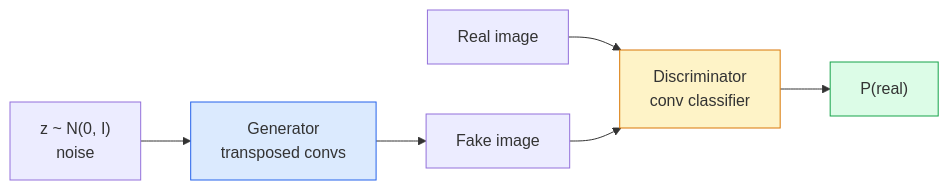
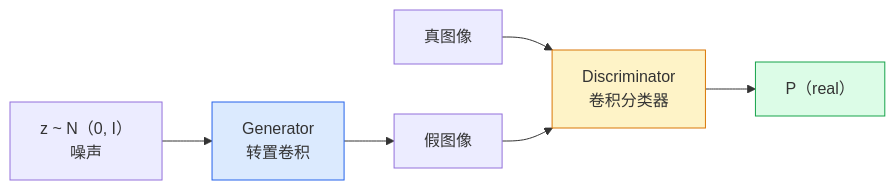
One commit to JerryC8080/ai-engineering-from-scratch-zh changed the first of 2 diagrams in phases/04-computer-vision/09-image-generation-gans/docs/zh.md. Above: the diagram before and after it, drawn with Mermaid. The commit also changed other lines of this file and 156 other files, not shown here.

First line of the commit message:
i18n(zh): translate mermaid diagram labels in 157 lesson zh.md

````diff
--- a/phases/04-computer-vision/09-image-generation-gans/docs/zh.md
+++ b/phases/04-computer-vision/09-image-generation-gans/docs/zh.md
@@ -31,12 +31,12 @@
 ```mermaid
 flowchart LR
-    Z["z ~ N(0, I)<br/>noise"] --> G["Generator<br/>transposed convs"]
-    G --> FAKE["Fake image"]
-    REAL["Real image"] --> D["Discriminator<br/>conv classifier"]
+    Z["z ~ N（0, I）<br/>噪声"] --> G["Generator<br/>转置卷积"]
+    G --> FAKE["假图像"]
+    REAL["真图像"] --> D["Discriminator<br/>卷积分类器"]
     FAKE --> D
-    D --> OUT["P(real)"]
+    D --> OUT["P（real）"]
 
     style G fill:#dbeafe,stroke:#2563eb
     style D fill:#fef3c7,stroke:#d97706
     style OUT fill:#dcfce7,stroke:#16a34a
 ```
````
